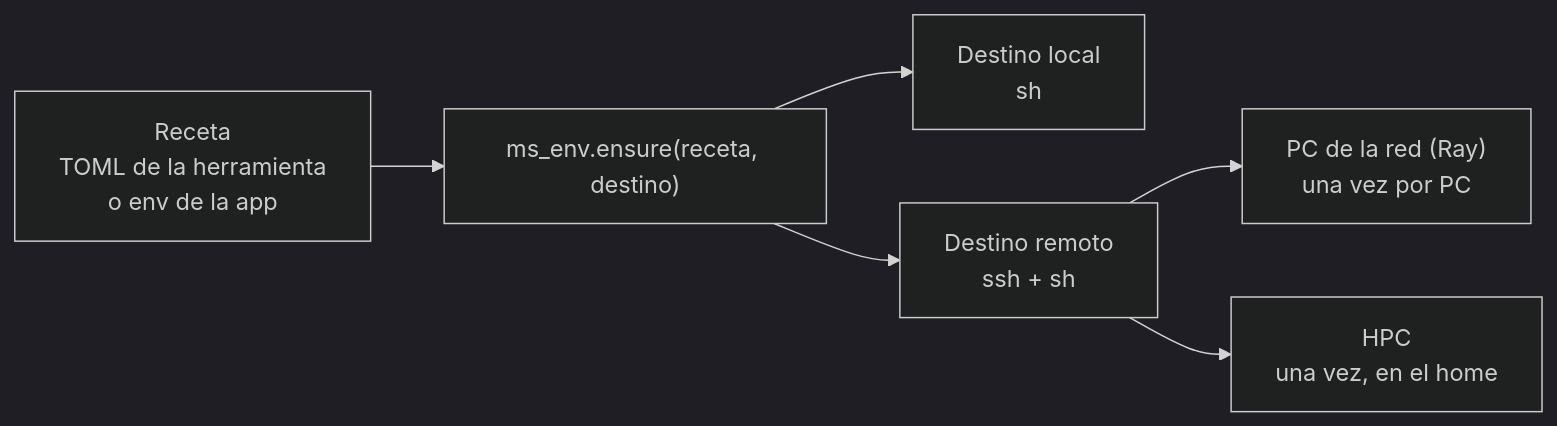
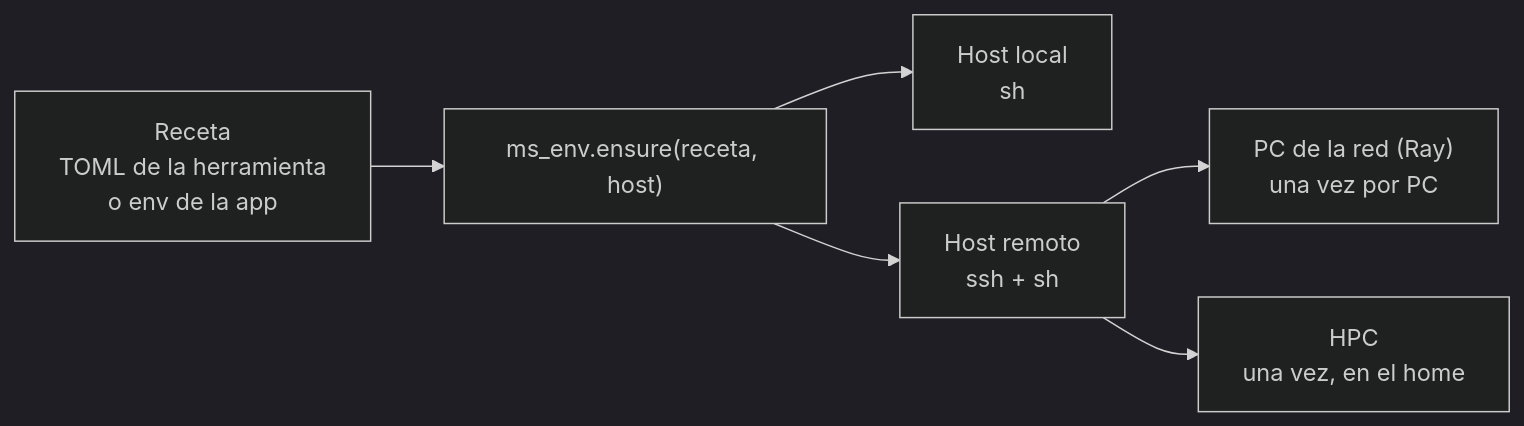
One commit to MolSuite/ms_flow changed the diagram in benchmarks/refactor_optimization/docs/07-diseno-ms-env.md. Above: the diagram before and after it, drawn with Mermaid (dark theme). The commit also changed other lines of this file and 2 other files, not shown here.

Commit message:
refactor: ms_env calls it Host; the design drops the install lock

````diff
--- a/benchmarks/refactor_optimization/docs/07-diseno-ms-env.md
+++ b/benchmarks/refactor_optimization/docs/07-diseno-ms-env.md
@@ -38,8 +38,8 @@
 ```mermaid
 flowchart LR
-    R["Receta<br/>TOML de la herramienta<br/>o env de la app"] --> E["ms_env.ensure(receta, destino)"]
-    E --> L["Destino local<br/>sh"]
-    E --> S["Destino remoto<br/>ssh + sh"]
+    R["Receta<br/>TOML de la herramienta<br/>o env de la app"] --> E["ms_env.ensure(receta, host)"]
+    E --> L["Host local<br/>sh"]
+    E --> S["Host remoto<br/>ssh + sh"]
     S --> H["PC de la red (Ray)<br/>una vez por PC"]
     S --> C["HPC<br/>una vez, en el home"]
 ```
````
